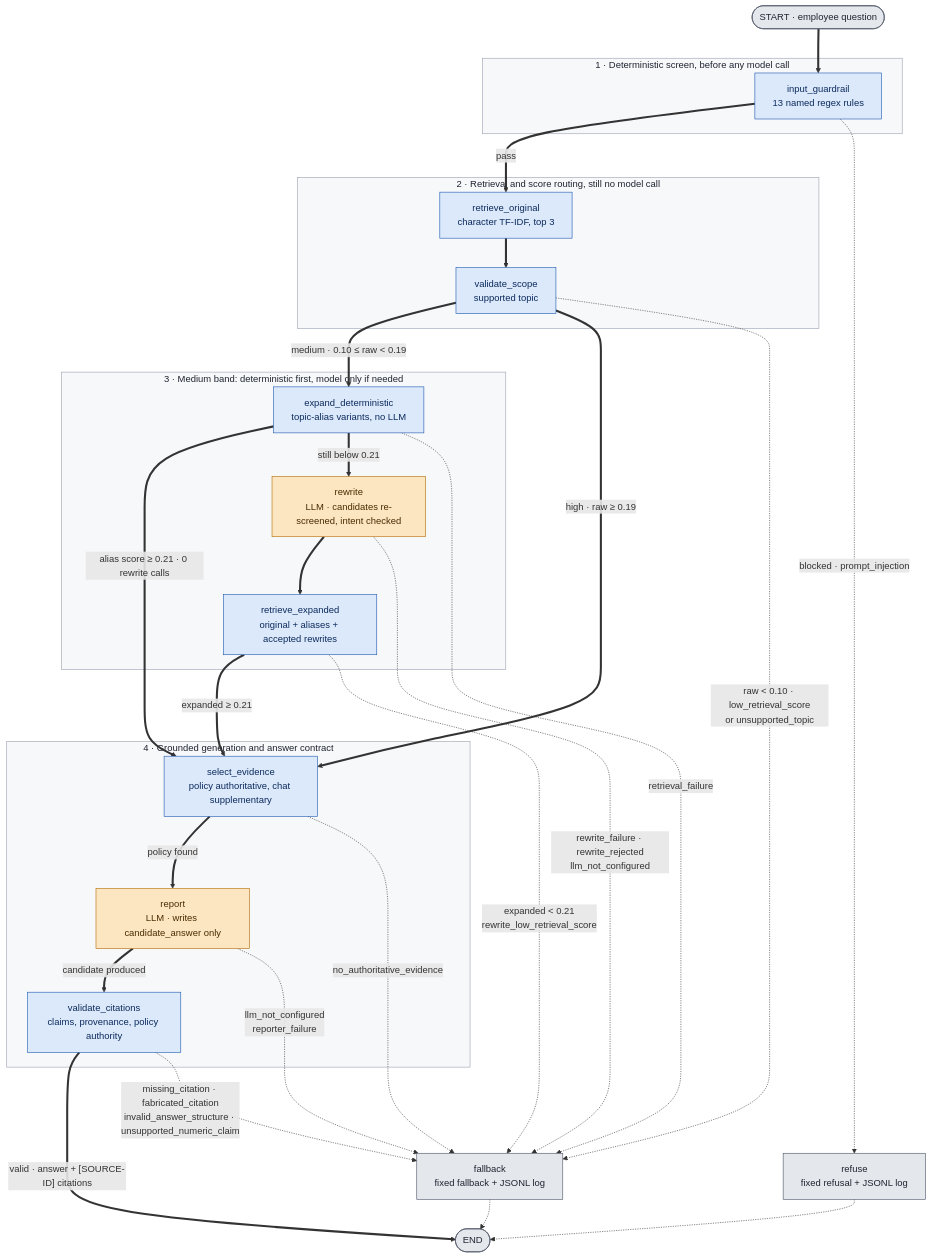
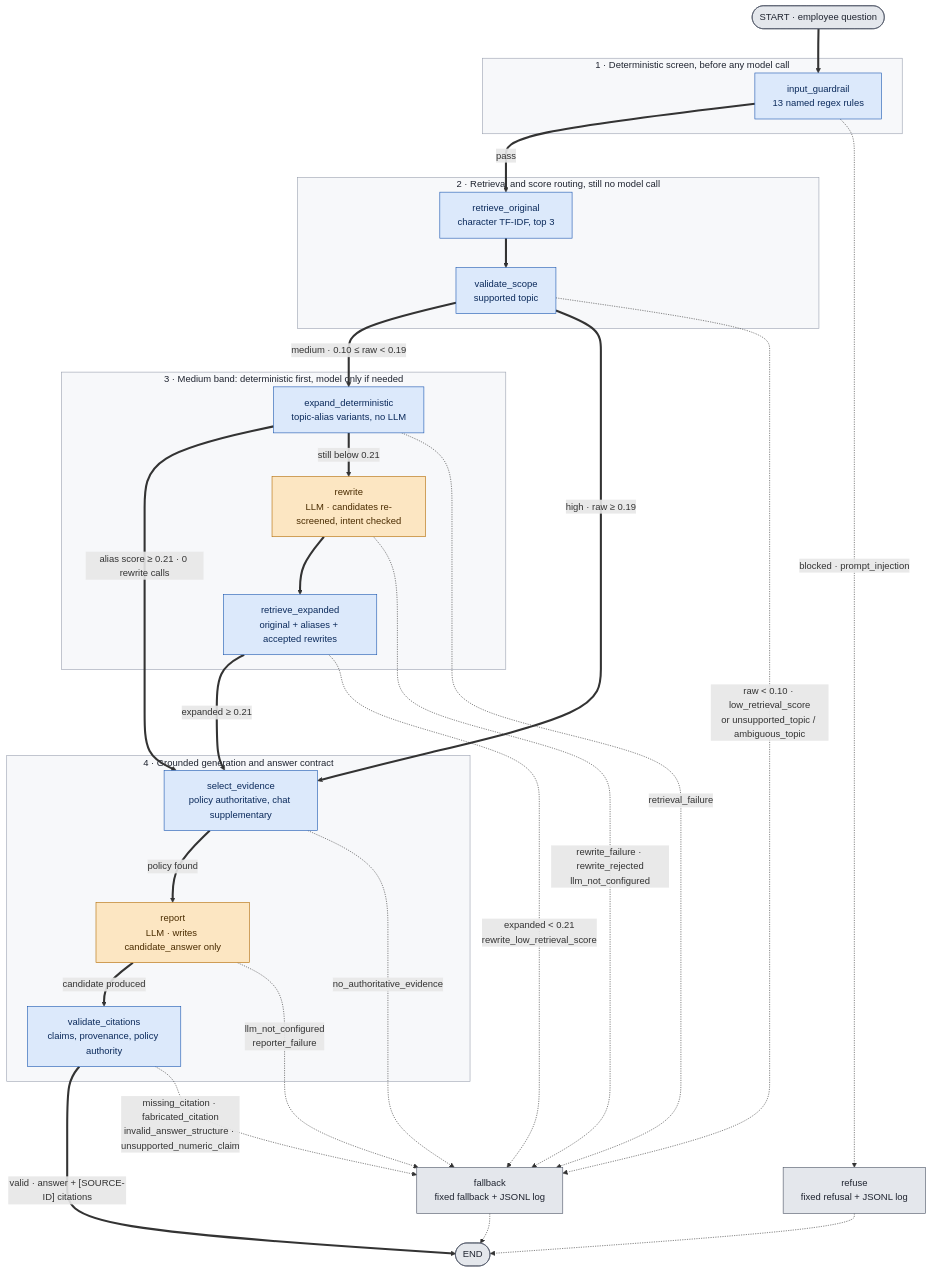
Before and after one commit to Sayomphon/Enterprise_Knowledge_Support_Agent: the diagram in README.md, drawn with Mermaid. The commit also changed other lines of this file and 29 other files, not shown here.

````diff
--- a/README.md
+++ b/README.md
@@ -117,58 +120,58 @@
 ```mermaid
 flowchart TD
     Q(["START &middot; employee question"]):::term
 
     subgraph G1["1 &middot; Deterministic screen, before any model call"]
         IG["input_guardrail<br/>13 named regex rules"]:::det
     end
 
     subgraph G2["2 &middot; Retrieval and score routing, still no model call"]
         RO["retrieve_original<br/>character TF-IDF, top 3"]:::det
         VS["validate_scope<br/>supported topic"]:::det
     end
 
     subgraph G3["3 &middot; Medium band: deterministic first, model only if needed"]
         EX["expand_deterministic<br/>topic-alias variants, no LLM"]:::det
         RW["rewrite<br/>LLM &middot; candidates re-screened, intent checked"]:::llm
         RE["retrieve_expanded<br/>original + aliases + accepted rewrites"]:::det
     end
 
     subgraph G4["4 &middot; Grounded generation and answer contract"]
         SE["select_evidence<br/>policy authoritative, chat supplementary"]:::det
         RP["report<br/>LLM &middot; writes candidate_answer only"]:::llm
         VC["validate_citations<br/>claims, provenance, policy authority"]:::det
     end
 
     REF["refuse<br/>fixed refusal + JSONL log"]:::term
     FB["fallback<br/>fixed fallback + JSONL log"]:::term
     EN(["END"]):::term
 
     Q ==> IG
     IG ==>|pass| RO
     IG -. "blocked &middot; prompt_injection" .-> REF
     RO ==> VS
     VS ==>|"medium &middot; 0.10 &le; raw &lt; 0.19"| EX
     VS ==>|"high &middot; raw &ge; 0.19"| SE
-    VS -. "raw &lt; 0.10 &middot; low_retrieval_score<br/>or unsupported_topic" .-> FB
+    VS -. "raw &lt; 0.10 &middot; low_retrieval_score<br/>or unsupported_topic / ambiguous_topic" .-> FB
     EX ==>|"alias score &ge; 0.21 &middot; 0 rewrite calls"| SE
     EX ==>|"still below 0.21"| RW
     EX -. "retrieval_failure" .-> FB
     RW ==> RE
     RE ==>|"expanded &ge; 0.21"| SE
     RE -. "expanded &lt; 0.21<br/>rewrite_low_retrieval_score" .-> FB
     RW -. "rewrite_failure &middot; rewrite_rejected<br/>llm_not_configured" .-> FB
     SE ==>|"policy found"| RP
     SE -. "no_authoritative_evidence" .-> FB
     RP ==>|"candidate produced"| VC
     RP -. "llm_not_configured<br/>reporter_failure" .-> FB
     VC ==>|"valid &middot; answer + [SOURCE-ID] citations"| EN
     VC -. "missing_citation &middot; fabricated_citation<br/>invalid_answer_structure &middot; unsupported_numeric_claim" .-> FB
     REF -.-> EN
     FB -.-> EN
 
     classDef det fill:#DCE9FB,stroke:#1A56B0,color:#0B2A5B
     classDef llm fill:#FCE6C2,stroke:#B26A00,color:#4A2C00
     classDef term fill:#E4E7EC,stroke:#4B5364,color:#1F2430
     classDef band fill:#F7F8FA,stroke:#9AA1B0,color:#1F2430
     class G1,G2,G3,G4 band
 ```
````
